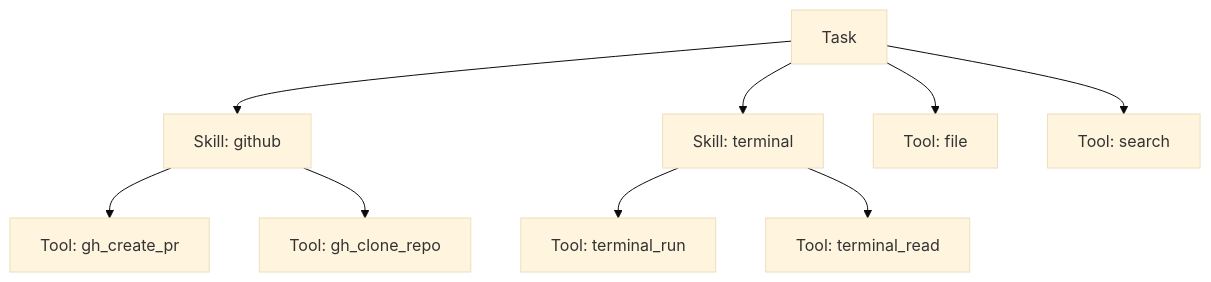
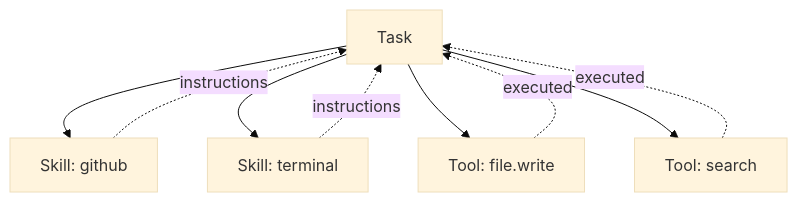
Before and after one commit to dustland/openviber: the second of 2 diagrams in docs/concepts/skills.md, drawn with Mermaid (base theme). The commit also changed other lines of this file, not shown here.

````diff
--- a/docs/concepts/skills.md
+++ b/docs/concepts/skills.md
@@ -414,13 +383,13 @@
 ```mermaid
 graph TB
     Task[Task] --> Skill1[Skill: github]
     Task --> Skill2[Skill: terminal]
-    Task --> Tool1[Tool: file]
+    Task --> Tool1[Tool: file.write]
     Task --> Tool2[Tool: search]
 
-    Skill1 --> ST1[Tool: gh_create_pr]
-    Skill1 --> ST2[Tool: gh_clone_repo]
+    Skill1 -.instructions.-> Task
+    Skill2 -.instructions.-> Task
 
-    Skill2 --> ST3[Tool: terminal_run]
-    Skill2 --> ST4[Tool: terminal_read]
+    Tool1 -.executed.-> Task
+    Tool2 -.executed.-> Task
 ```
````
